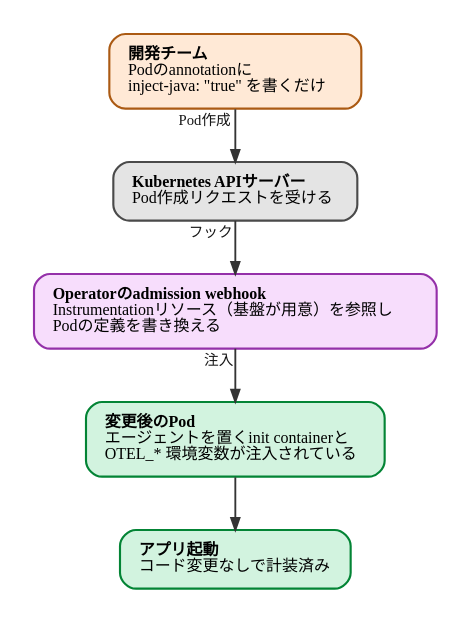
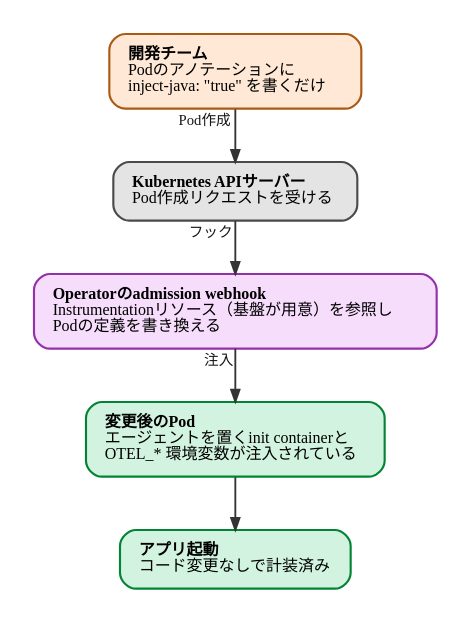
Before and after one commit to ymotongpoo/zenn.dev: the diagram in diagrams/observability-platform-with-otel/20260926-operator-injection.dot, drawn with Graphviz. The commit also changed 9 other files, not shown here.

```diff
--- a/diagrams/observability-platform-with-otel/20260926-operator-injection.dot
+++ b/diagrams/observability-platform-with-otel/20260926-operator-injection.dot
@@ -1,31 +1,31 @@
 // OpenTelemetry Operatorによる自動計装の注入
 digraph operator_injection {
   graph [
     fontname="IBM Plex Sans JP", fontsize=13,
     rankdir=TB, compound=true, splines=ortho,
     nodesep=0.5, ranksep=0.55, pad=0.25,
     bgcolor="white", newrank=true
   ];
   node [
     fontname="IBM Plex Sans JP", fontsize=12,
     shape=box, style="rounded,filled",
     fillcolor="#E4E4E4", color="#4A4A4A", penwidth=1.6,
     margin="0.2,0.14"
   ];
   edge [
     fontname="IBM Plex Sans JP", fontsize=11,
     color="#343434", penwidth=1.4, arrowsize=0.9,
     fontcolor="#171717"
   ];
 
-  dev [label=<<b>開発チーム</b><br align="left"/>Podのannotationに<br align="left"/>inject-java: "true" を書くだけ<br align="left"/>>, fillcolor="#FFE9D6", color="#AB5A13"];
+  dev [label=<<b>開発チーム</b><br align="left"/>Podのアノテーションに<br align="left"/>inject-java: "true" を書くだけ<br align="left"/>>, fillcolor="#FFE9D6", color="#AB5A13"];
   apiserver [label=<<b>Kubernetes APIサーバー</b><br align="left"/>Pod作成リクエストを受ける<br align="left"/>>];
   webhook [label=<<b>Operatorのadmission webhook</b><br align="left"/>Instrumentationリソース（基盤が用意）を参照し<br align="left"/>Podの定義を書き換える<br align="left"/>>, fillcolor="#F7DDFC", color="#9430A9"];
   pod [label=<<b>変更後のPod</b><br align="left"/>エージェントを置くinit containerと<br align="left"/>OTEL_* 環境変数が注入されている<br align="left"/>>, fillcolor="#D2F3DF", color="#038435"];
   running [label=<<b>アプリ起動</b><br align="left"/>コード変更なしで計装済み<br align="left"/>>, fillcolor="#D2F3DF", color="#038435"];
 
   dev -> apiserver [xlabel=" Pod作成"];
   apiserver -> webhook [xlabel=" フック"];
   webhook -> pod [xlabel=" 注入"];
   pod -> running;
 }
```
